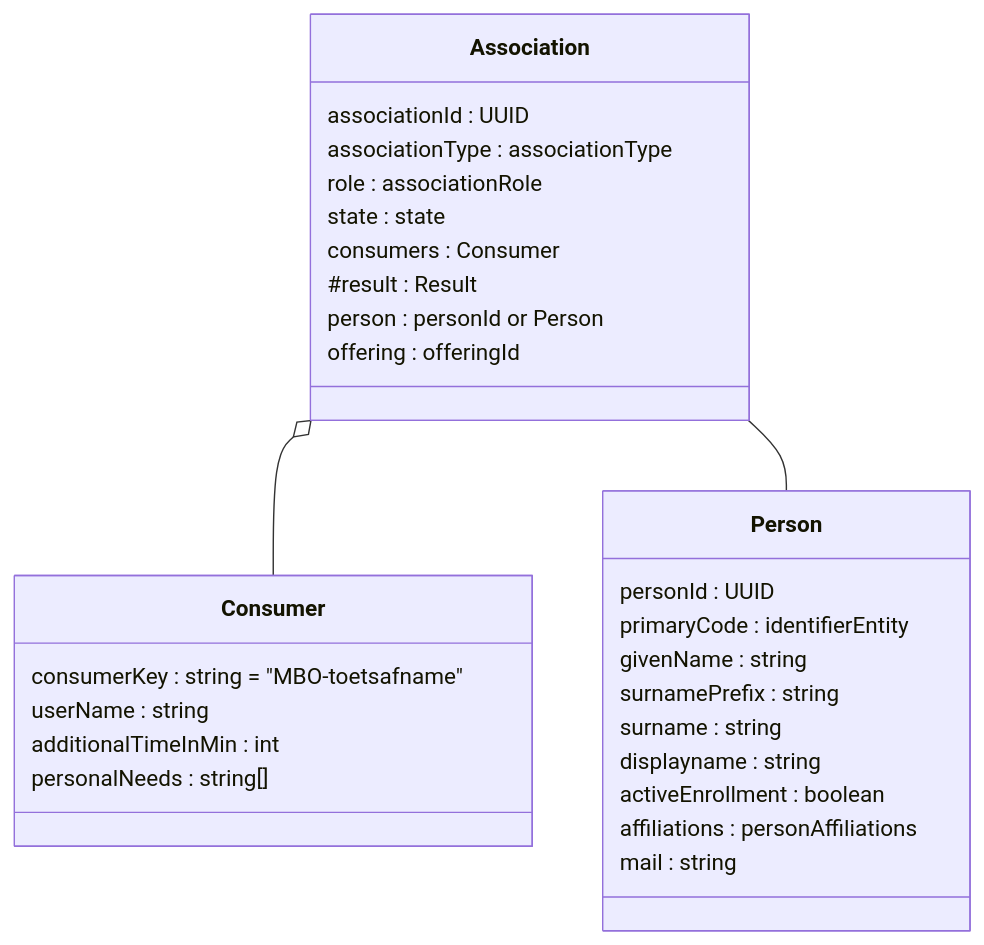
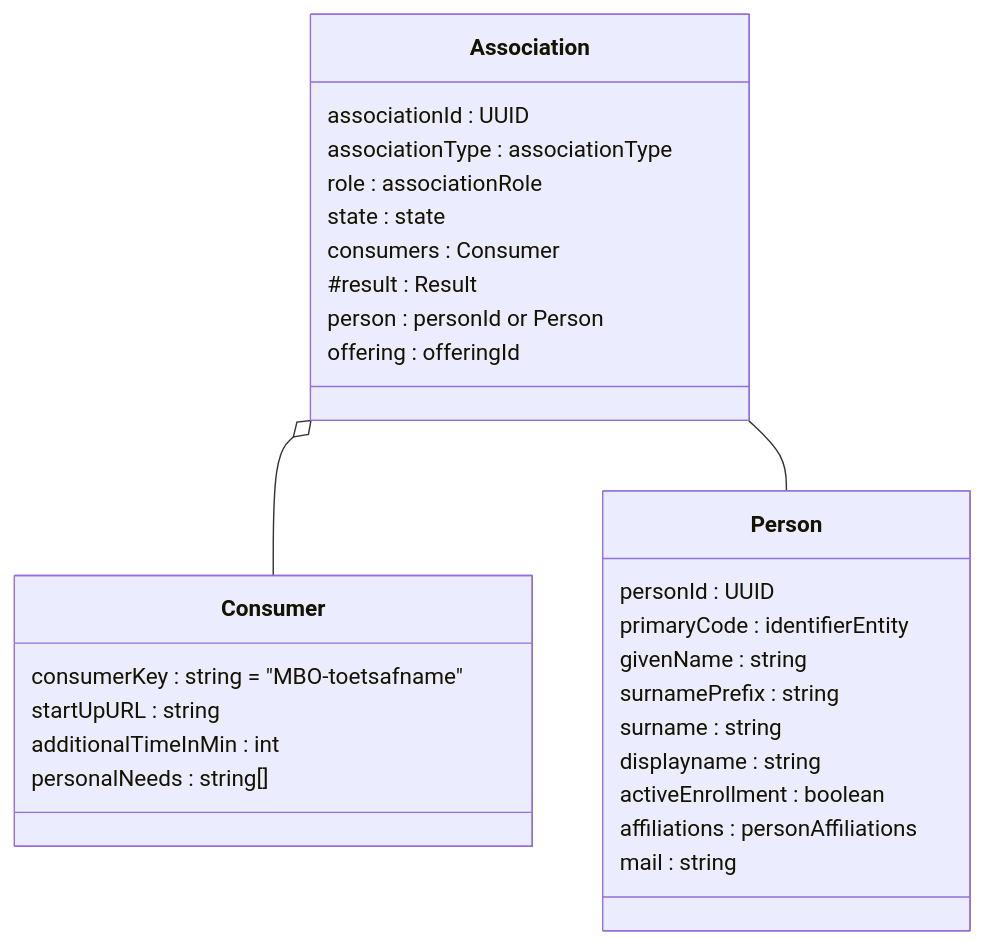
One commit to NetwerkExamineringDigitalisering/NED-OOAPI changed the fourth of 10 diagrams in doc/flow2.md. Above: the diagram before and after it, drawn with Mermaid. The commit also changed other lines of this file, not shown here.

First line of the commit message:
Update flow2.md

````diff
--- a/doc/flow2.md
+++ b/doc/flow2.md
@@ -154,32 +154,32 @@
 ```mermaid
 classDiagram
     class Association {
     	associationId : UUID
 	associationType : associationType
 	role : associationRole
 	state : state
 	consumers : Consumer
 #	result : Result
 	person : personId or Person
 	offering : offeringId
     }
     class Consumer {
     	consumerKey : string = "MBO-toetsafname"
-	userName : string
+	startUpURL : string
 	additionalTimeInMin : int
 	personalNeeds : string[]
     }
     class Person {
 	personId : UUID
 	primaryCode : identifierEntity
 	givenName : string
 	surnamePrefix : string 
 	surname : string
 	displayname : string
 	activeEnrollment : boolean 
 	affiliations : personAffiliations
 	mail : string
     }
     Association o-- Consumer
     Association -- Person
 ```
````
